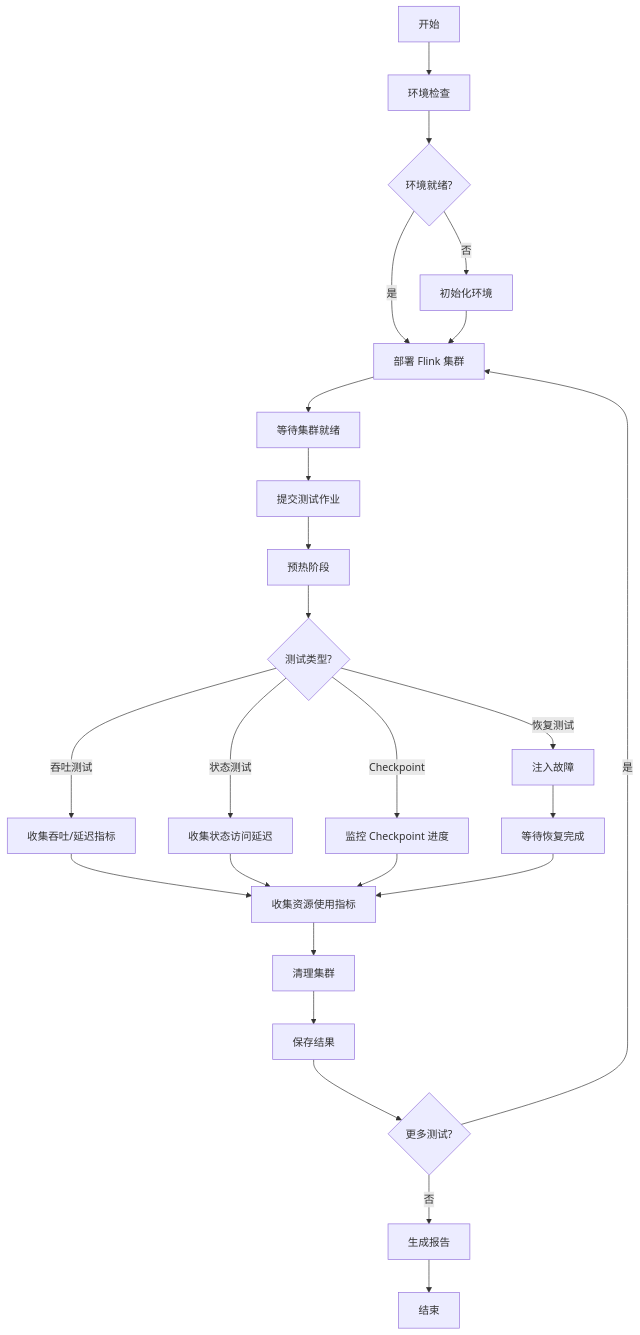
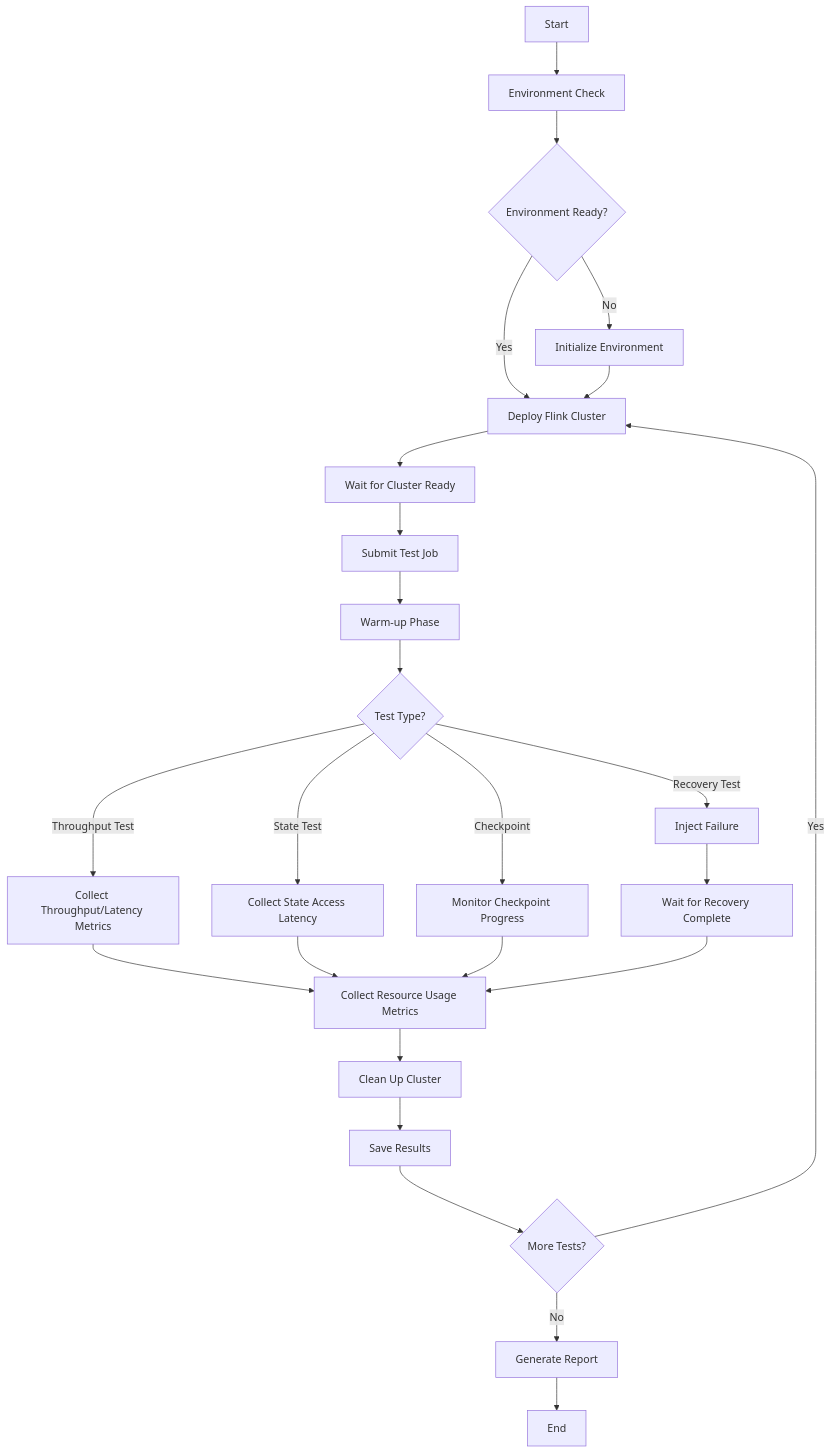
The third of 3 diagrams in i18n/en/Flink/flink-performance-benchmark-suite.md (AdaMartin18010/AnalysisDataFlow), drawn with Mermaid before and after one commit. The commit also changed other lines of this file and 96 other files, not shown here.

````diff
--- a/i18n/en/Flink/flink-performance-benchmark-suite.md
+++ b/i18n/en/Flink/flink-performance-benchmark-suite.md
@@ -255,32 +499,32 @@
 ```mermaid
 flowchart TD
-    A[开始] --> B[环境检查]
-    B --> C{环境就绪?}
-    C -->|否| D[初始化环境]
-    C -->|是| E[部署 Flink 集群]
+    A[Start] --> B[Environment Check]
+    B --> C{Environment Ready?}
+    C -->|No| D[Initialize Environment]
+    C -->|Yes| E[Deploy Flink Cluster]
     D --> E
 
-    E --> F[等待集群就绪]
-    F --> G[提交测试作业]
+    E --> F[Wait for Cluster Ready]
+    F --> G[Submit Test Job]
 
-    G --> H[预热阶段]
-    H --> I{测试类型?}
+    G --> H[Warm-up Phase]
+    H --> I{Test Type?}
 
-    I -->|吞吐测试| J[收集吞吐/延迟指标]
-    I -->|状态测试| K[收集状态访问延迟]
-    I -->|Checkpoint| L[监控 Checkpoint 进度]
-    I -->|恢复测试| M[注入故障]
+    I -->|Throughput Test| J[Collect Throughput/Latency Metrics]
+    I -->|State Test| K[Collect State Access Latency]
+    I -->|Checkpoint| L[Monitor Checkpoint Progress]
+    I -->|Recovery Test| M[Inject Failure]
 
-    J --> N[收集资源使用指标]
+    J --> N[Collect Resource Usage Metrics]
     K --> N
     L --> N
-    M --> O[等待恢复完成]
+    M --> O[Wait for Recovery Complete]
     O --> N
 
-    N --> P[清理集群]
-    P --> Q[保存结果]
-    Q --> R{更多测试?}
-    R -->|是| E
-    R -->|否| S[生成报告]
-    S --> T[结束]
+    N --> P[Clean Up Cluster]
+    P --> Q[Save Results]
+    Q --> R{More Tests?}
+    R -->|Yes| E
+    R -->|No| S[Generate Report]
+    S --> T[End]
 ```
````
